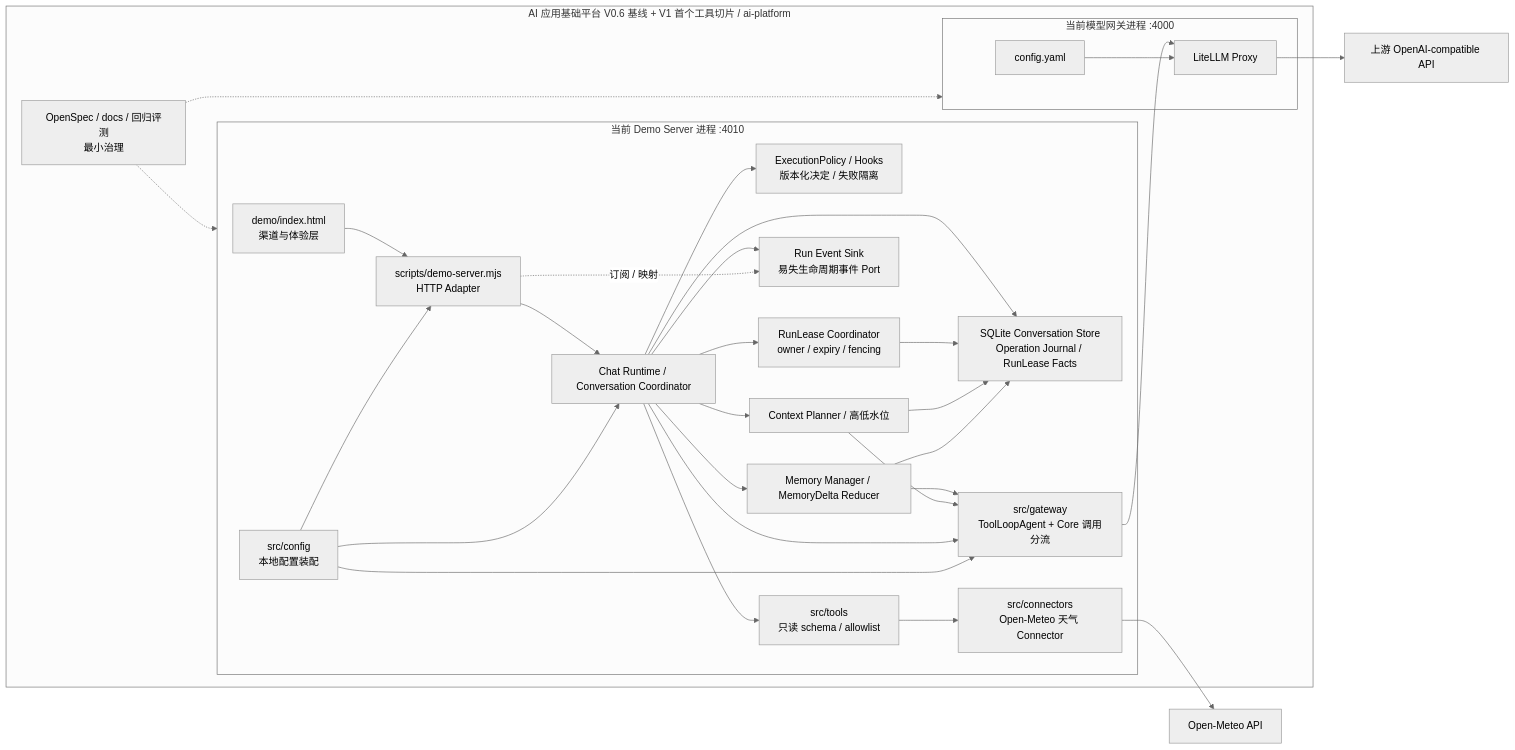
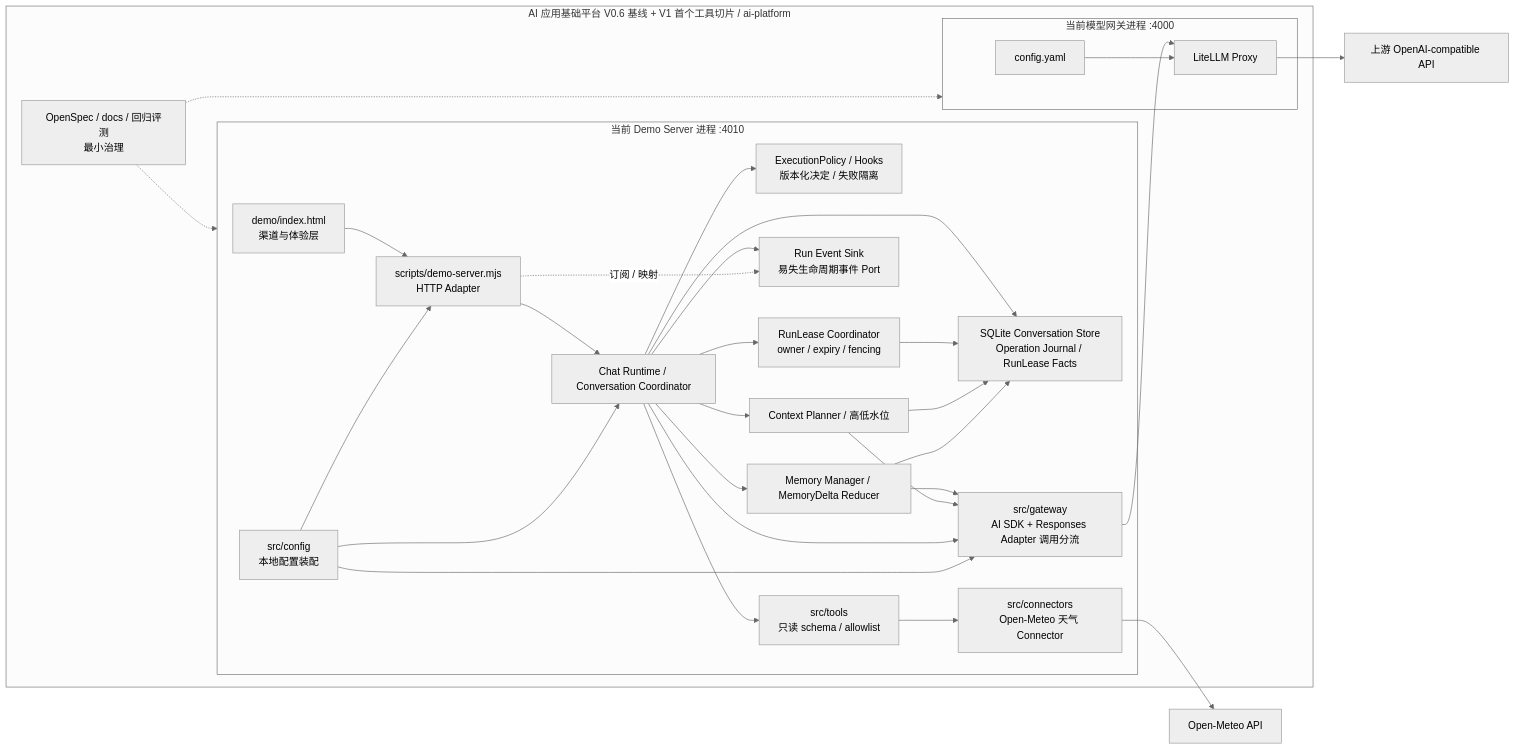
One commit to leidaibo-lab/ai-platform changed the second of 2 diagrams in docs/ai-structure.md. Above: the diagram before and after it, drawn with Mermaid (neutral theme). The commit also changed other lines of this file and 71 other files, not shown here.

Commit message:
feat(runtime): 落地智能路由与多轮图片编辑

````diff
--- a/docs/ai-structure.md
+++ b/docs/ai-structure.md
@@ -253,56 +255,56 @@
 ```mermaid
 flowchart LR
   subgraph CurrentPlatform["AI 应用基础平台 V0.6 基线 + V1 首个工具切片 / ai-platform"]
     subgraph CurrentProcess["当前 Demo Server 进程 :4010"]
       DemoUi["demo/index.html<br/>渠道与体验层"]
       HttpAdapter["scripts/demo-server.mjs<br/>HTTP Adapter"]
       RuntimeCode["Chat Runtime / Conversation Coordinator"]
       ExecutionPolicy["ExecutionPolicy / Hooks<br/>版本化决定 / 失败隔离"]
       RunLease["RunLease Coordinator<br/>owner / expiry / fencing"]
       RunEventSink["Run Event Sink<br/>易失生命周期事件 Port"]
       ContextPlanner["Context Planner / 高低水位"]
       MemoryManager["Memory Manager / MemoryDelta Reducer"]
       ConversationStore["SQLite Conversation Store<br/>Operation Journal / RunLease Facts"]
       ToolRegistry["src/tools<br/>只读 schema / allowlist"]
       WeatherConnector["src/connectors<br/>Open-Meteo 天气 Connector"]
-      GatewayClient["src/gateway<br/>ToolLoopAgent + Core 调用分流"]
+      GatewayClient["src/gateway<br/>AI SDK + Responses Adapter 调用分流"]
       ConfigLoader["src/config<br/>本地配置装配"]
     end
 
     subgraph GatewayProcess["当前模型网关进程 :4000"]
       LiteLLM["LiteLLM Proxy"]
       GatewayConfig["config.yaml"]
     end
 
     Contract["OpenSpec / docs / 回归评测<br/>最小治理"]
   end
 
   Upstream["上游 OpenAI-compatible API"]
 
   DemoUi --> HttpAdapter
   HttpAdapter --> RuntimeCode
   RuntimeCode --> ExecutionPolicy
   RuntimeCode --> RunLease
   RuntimeCode --> RunEventSink
   HttpAdapter -.->|订阅 / 映射| RunEventSink
   RuntimeCode --> ContextPlanner
   RuntimeCode --> MemoryManager
   RuntimeCode --> ConversationStore
   RunLease --> ConversationStore
   ContextPlanner --> ConversationStore
   MemoryManager --> ConversationStore
   MemoryManager --> GatewayClient
   ContextPlanner --> GatewayClient
   RuntimeCode --> ToolRegistry
   ToolRegistry --> WeatherConnector
   WeatherConnector --> WeatherApi["Open-Meteo API"]
   RuntimeCode --> GatewayClient
   GatewayClient --> LiteLLM
   GatewayConfig --> LiteLLM
   LiteLLM --> Upstream
   ConfigLoader --> HttpAdapter
   ConfigLoader --> RuntimeCode
   ConfigLoader --> GatewayClient
   Contract -.-> CurrentProcess
   Contract -.-> GatewayProcess
 ```
````
